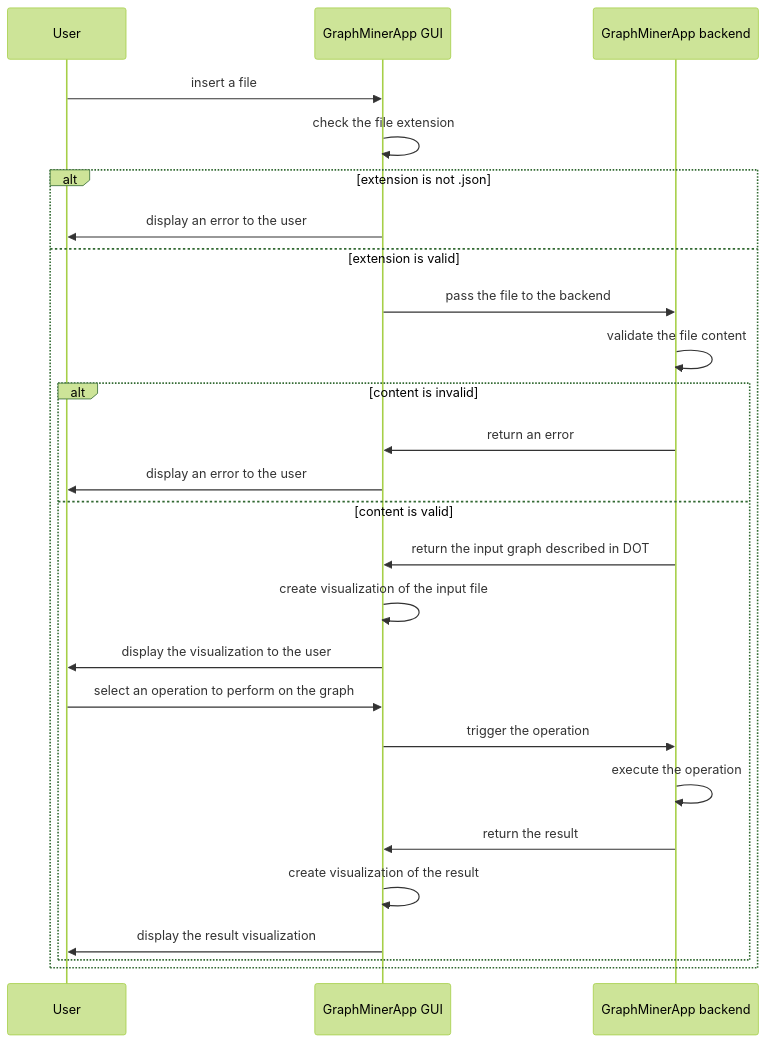
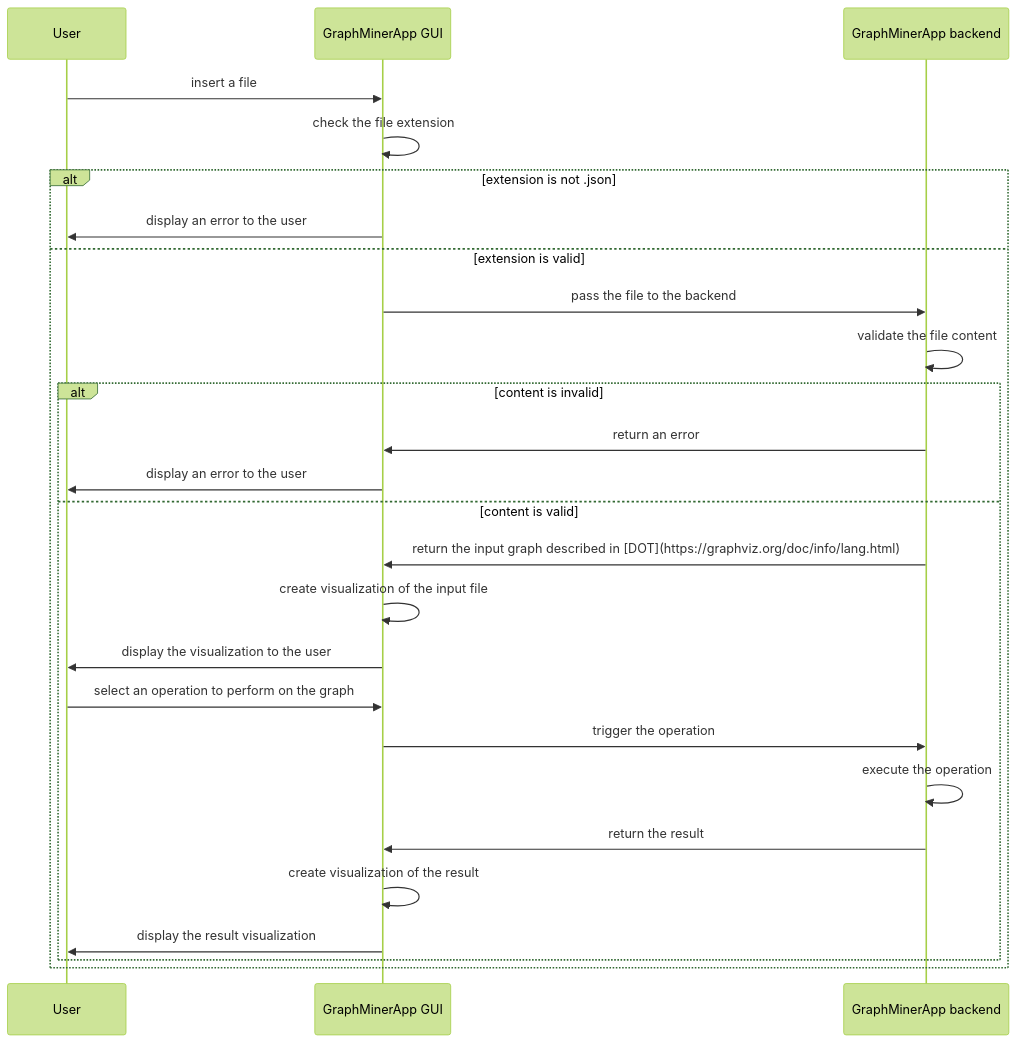
The diagram in README.md (Kaniek99/GraphMinerApp), drawn with Mermaid (forest theme) before and after one commit.

Commit message:
docs: add link to DOT

````diff
--- a/README.md
+++ b/README.md
@@ -32,25 +32,25 @@
 ```mermaid
 sequenceDiagram
 User->>GraphMinerApp GUI: insert a file
 GraphMinerApp GUI->>GraphMinerApp GUI: check the file extension
 alt extension is not .json
     GraphMinerApp GUI->>User: display an error to the user
 else extension is valid
     GraphMinerApp GUI->>GraphMinerApp backend: pass the file to the backend
     GraphMinerApp backend->>GraphMinerApp backend: validate the file content
     alt content is invalid
         GraphMinerApp backend->>GraphMinerApp GUI: return an error
         GraphMinerApp GUI->>User: display an error to the user
     else content is valid
-        GraphMinerApp backend->>GraphMinerApp GUI: return the input graph described in DOT
+        GraphMinerApp backend->>GraphMinerApp GUI: return the input graph described in [DOT](https://graphviz.org/doc/info/lang.html)
         GraphMinerApp GUI->>GraphMinerApp GUI: create visualization of the input file
         GraphMinerApp GUI->>User: display the visualization to the user
         User->>GraphMinerApp GUI: select an operation to perform on the graph
         GraphMinerApp GUI->>GraphMinerApp backend: trigger the operation
         GraphMinerApp backend->>GraphMinerApp backend: execute the operation
         GraphMinerApp backend->>GraphMinerApp GUI: return the result
         GraphMinerApp GUI->>GraphMinerApp GUI: create visualization of the result
         GraphMinerApp GUI->>User: display the result visualization
     end
 end
 ```
````
